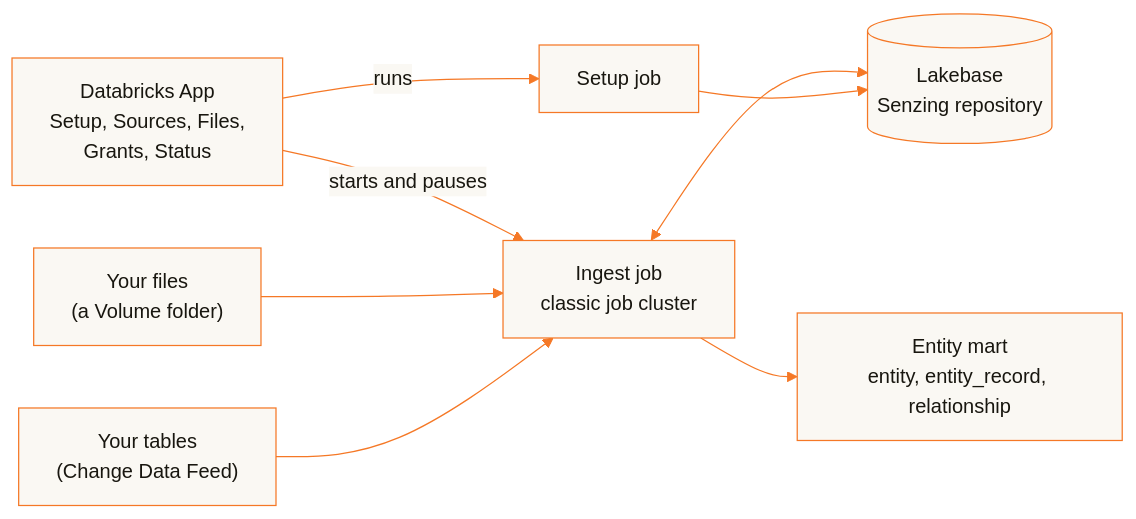
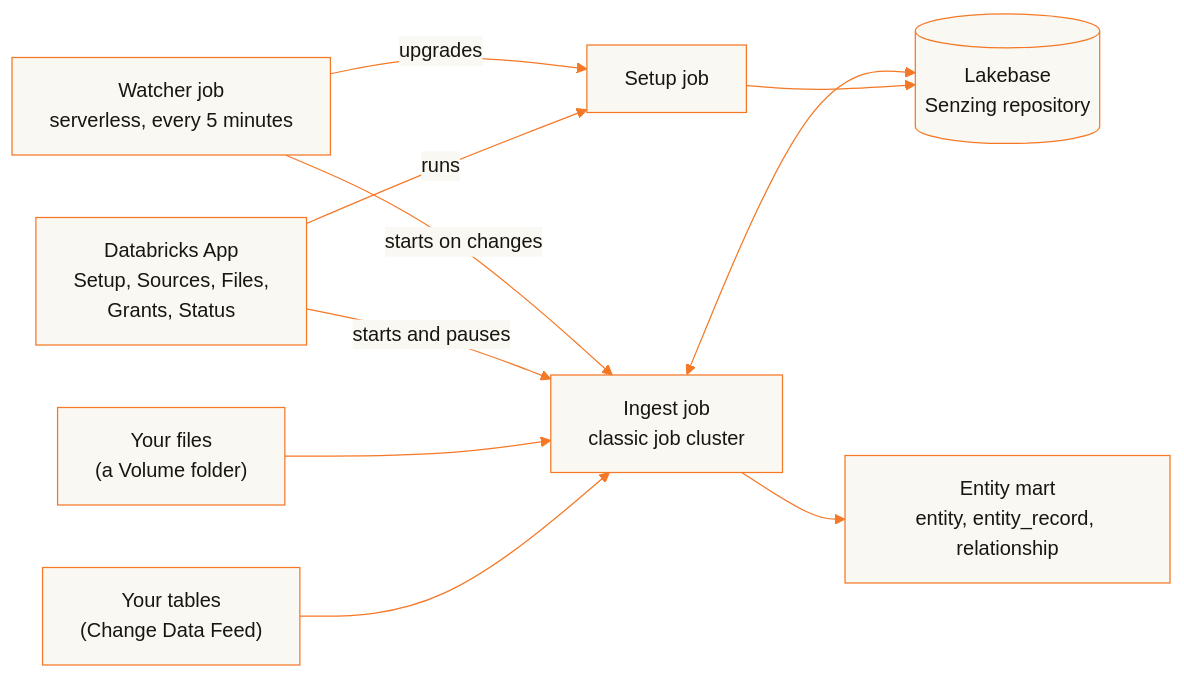
Before and after one commit to Senzing/sz-databricks: the diagram in README.md, drawn with Mermaid. The commit also changed other lines of this file and 10 other files, not shown here.

````diff
--- a/README.md
+++ b/README.md
@@ -51,11 +51,13 @@
 ```mermaid
 %%{init: {"theme":"base","themeVariables":{"primaryColor":"#FAF8F3","primaryTextColor":"#18160F","primaryBorderColor":"#F57826","lineColor":"#F57826","secondaryColor":"#FFFFFF","tertiaryColor":"#FAF8F3","edgeLabelBackground":"#FAF8F3","clusterBkg":"#FFFFFF","clusterBorder":"#F57826","fontFamily":"Roboto, Helvetica Neue, Arial, sans-serif"}}}%%
 flowchart LR
   T["Your tables<br/>(Change Data Feed)"] --> I
   F["Your files<br/>(a Volume folder)"] --> I
   A["Databricks App<br/>Setup, Sources, Files,<br/>Grants, Status"] -- starts and pauses --> I["Ingest job<br/>classic job cluster"]
+  W["Watcher job<br/>serverless, every 5 minutes"] -- starts on changes --> I
   A -- runs --> S["Setup job"]
+  W -- upgrades --> S
   S --> L
   I <--> L[("Lakebase<br/>Senzing repository")]
   I --> M["Entity mart<br/>entity, entity_record, relationship"]
 ```
````
